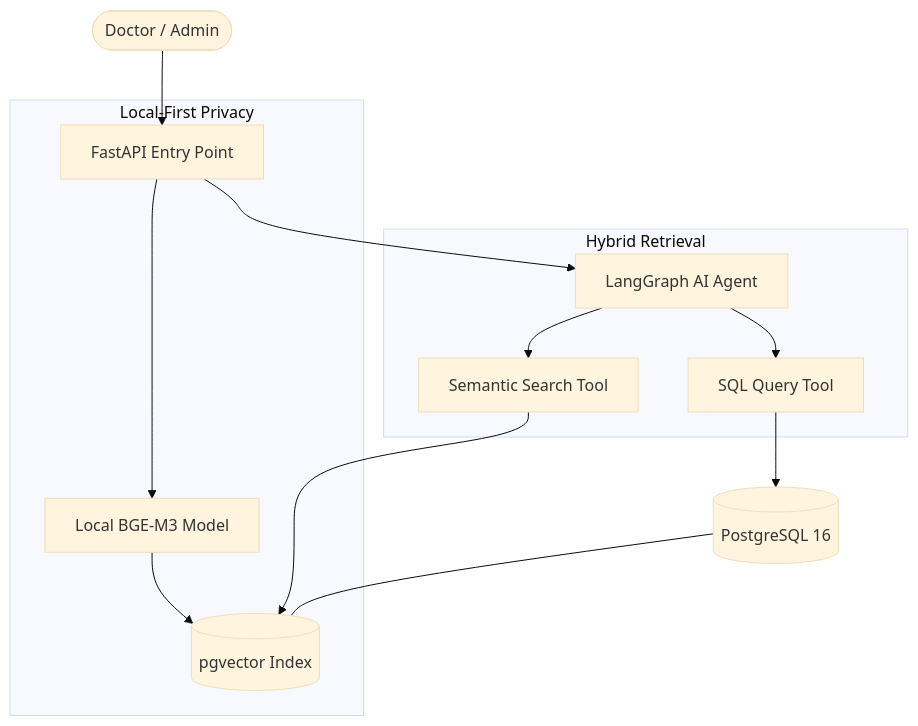
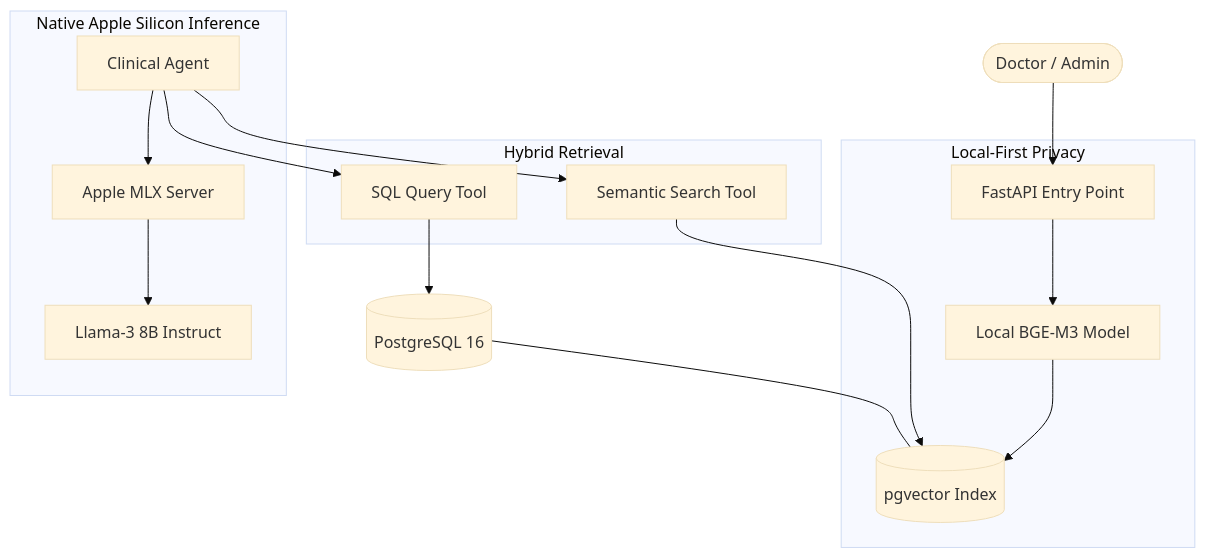
Before and after one commit to suranjitpartho/clinical-data-intelligence-system: the diagram in README.md, drawn with Mermaid (base theme). The commit also changed other lines of this file and 19 other files, not shown here.

````diff
--- a/README.md
+++ b/README.md
@@ -31,20 +31,24 @@
 ```mermaid
 graph TD
     User([Doctor / Admin]) --> API[FastAPI Entry Point]
-    API --> Agent[LangGraph AI Agent]
+    
+    subgraph "Native Apple Silicon Inference"
+    Agent[Clinical Agent] --> MLX[Apple MLX Server]
+    MLX --> Llama[Llama-3 8B Instruct]
+    end
     
     subgraph "Hybrid Retrieval"
     Agent --> SQL[SQL Query Tool]
     Agent --> RAG[Semantic Search Tool]
     end
     
     SQL --> DB[(PostgreSQL 16)]
     RAG --> VectorIndex[(pgvector Index)]
     
     subgraph "Local-First Privacy"
     API --> LocalEmbed[Local BGE-M3 Model]
     LocalEmbed --> VectorIndex
     end
     
     DB --- VectorIndex
 ```
````
